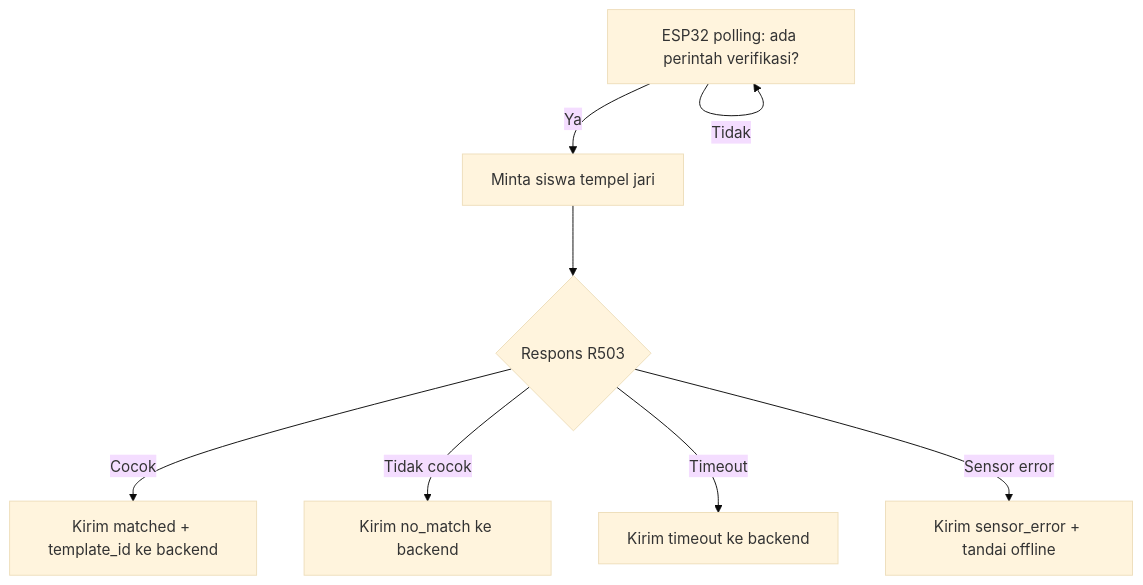
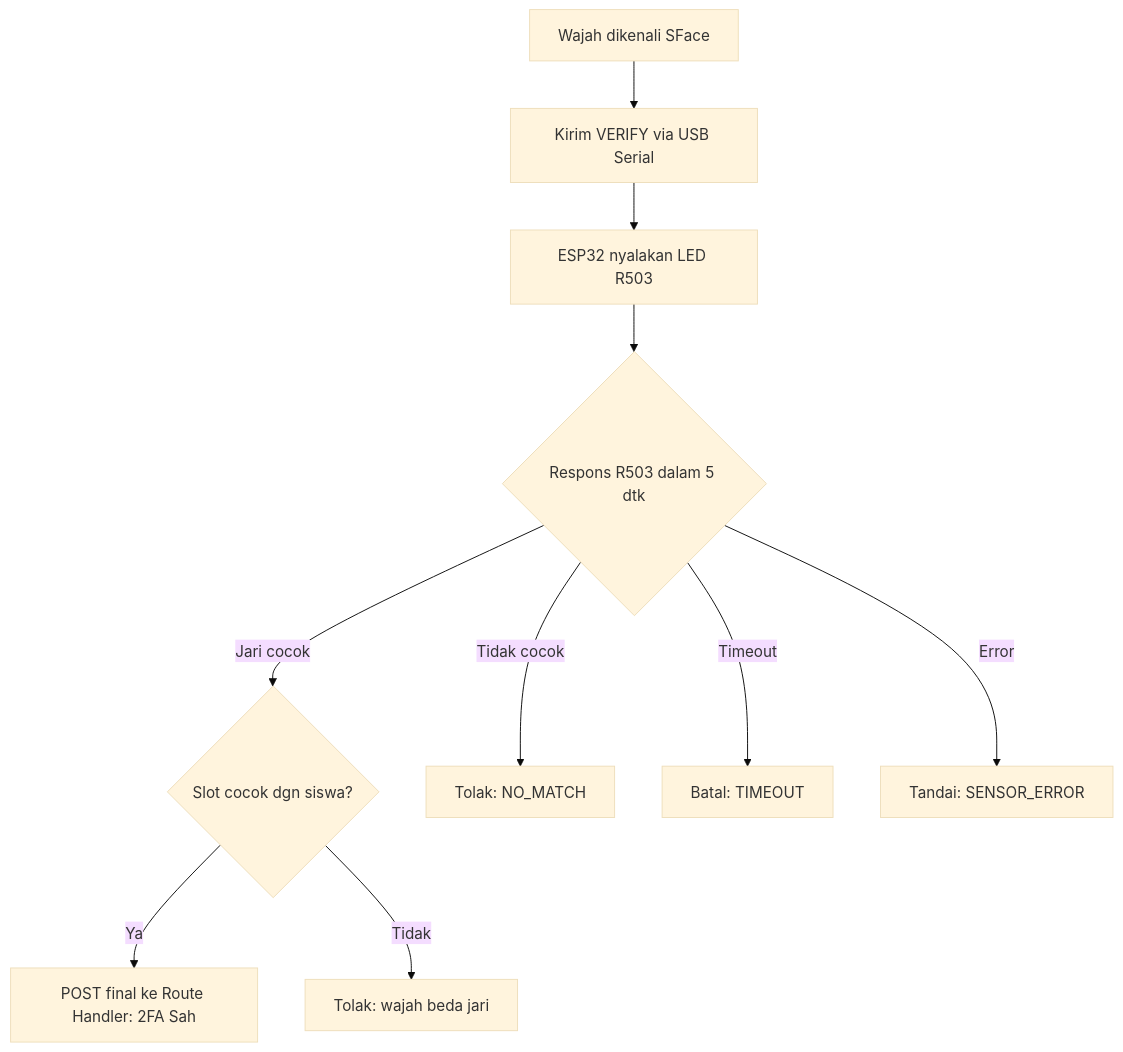
The diagram in ObsidianAllProgramSK/docs/fingerprint.md (DandiKurnia/ProyekSK), drawn with Mermaid (base theme) before and after one commit. The commit also changed other lines of this file and 18 other files, not shown here.

Commit message:
docs(arch): adopt Next.js + Supabase + USB serial topology and record daily log

````diff
--- a/ObsidianAllProgramSK/docs/fingerprint.md
+++ b/ObsidianAllProgramSK/docs/fingerprint.md
@@ -78,10 +95,12 @@
 ```mermaid
 flowchart TB
-    A[ESP32 polling: ada perintah verifikasi?] -- Tidak --> A
-    A -- Ya --> B[Minta siswa tempel jari]
-    B --> C{Respons R503}
-    C -- Cocok --> D[Kirim matched + template_id ke backend]
-    C -- Tidak cocok --> E[Kirim no_match ke backend]
-    C -- Timeout --> F[Kirim timeout ke backend]
-    C -- Sensor error --> G[Kirim sensor_error + tandai offline]
+    A[Wajah dikenali SFace] --> B[Kirim VERIFY via USB Serial]
+    B --> C[ESP32 nyalakan LED R503]
+    C --> D{Respons R503 dalam 5 dtk}
+    D -- Jari cocok --> E{Slot cocok dgn siswa?}
+    E -- Ya --> F[POST final ke Route Handler: 2FA Sah]
+    E -- Tidak --> G[Tolak: wajah beda jari]
+    D -- Tidak cocok --> H[Tolak: NO_MATCH]
+    D -- Timeout --> I[Batal: TIMEOUT]
+    D -- Error --> J[Tandai: SENSOR_ERROR]
 ```
````
